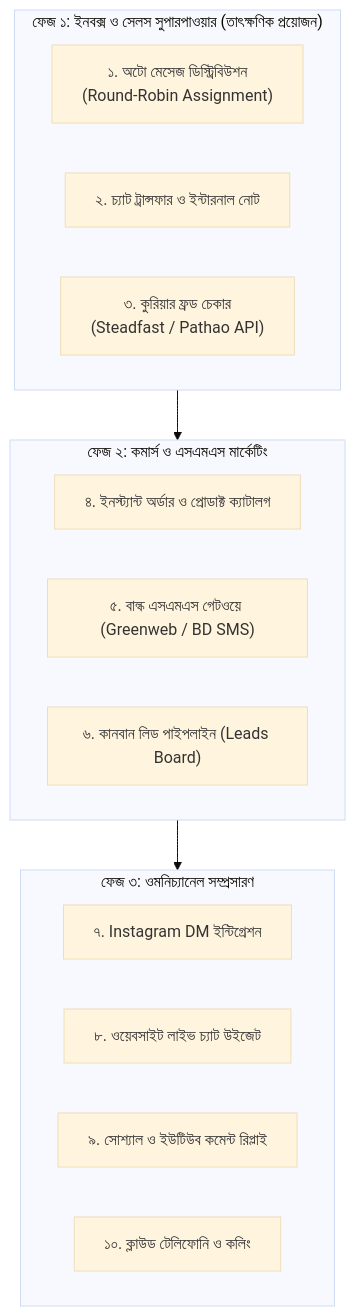
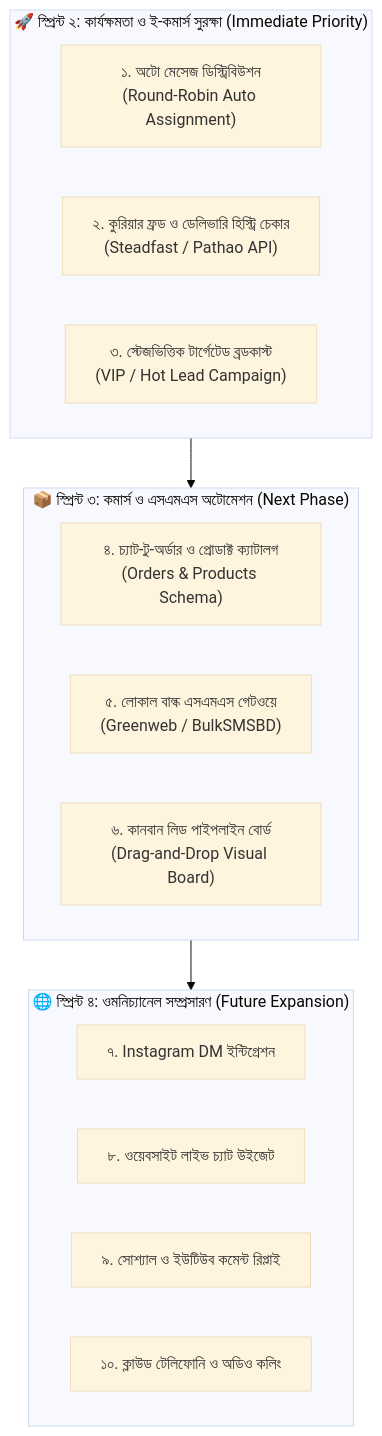
One commit to SaifulMamunOfficial/WhatsApp-AI-Automation changed the second of 2 diagrams in docs/FUTURE_FEATURES.md. Above: the diagram before and after it, drawn with Mermaid (base theme). The commit also changed other lines of this file and 26 other files, not shown here.

````diff
--- a/docs/FUTURE_FEATURES.md
+++ b/docs/FUTURE_FEATURES.md
@@ -35,24 +92,24 @@
 ```mermaid
 flowchart TD
-    subgraph Phase1["ফেজ ১: ইনবক্স ও সেলস সুপারপাওয়ার (তাৎক্ষণিক প্রয়োজন)"]
-        F1["১. অটো মেসেজ ডিস্ট্রিবিউশন<br/>(Round-Robin Assignment)"]
-        F2["২. চ্যাট ট্রান্সফার ও ইন্টারনাল নোট"]
-        F3["৩. কুরিয়ার ফ্রড চেকার<br/>(Steadfast / Pathao API)"]
+    subgraph SPRINT2["🚀 স্প্রিন্ট ২: কার্যক্ষমতা ও ই-কমার্স সুরক্ষা (Immediate Priority)"]
+        S2_1["১. অটো মেসেজ ডিস্ট্রিবিউশন<br/>(Round-Robin Auto Assignment)"]
+        S2_2["২. কুরিয়ার ফ্রড ও ডেলিভারি হিস্ট্রি চেকার<br/>(Steadfast / Pathao API)"]
+        S2_3["৩. স্টেজভিত্তিক টার্গেটেড ব্রডকাস্ট<br/>(VIP / Hot Lead Campaign)"]
     end
 
-    subgraph Phase2["ফেজ ২: কমার্স ও এসএমএস মার্কেটিং"]
-        F4["৪. ইনস্ট্যান্ট অর্ডার ও প্রোডাক্ট ক্যাটালগ"]
-        F5["৫. বাল্ক এসএমএস গেটওয়ে (Greenweb / BD SMS)"]
-        F6["৬. কানবান লিড পাইপলাইন (Leads Board)"]
+    subgraph SPRINT3["📦 স্প্রিন্ট ৩: কমার্স ও এসএমএস অটোমেশন (Next Phase)"]
+        S3_1["৪. চ্যাট-টু-অর্ডার ও প্রোডাক্ট ক্যাটালগ<br/>(Orders & Products Schema)"]
+        S3_2["৫. লোকাল বাল্ক এসএমএস গেটওয়ে<br/>(Greenweb / BulkSMSBD)"]
+        S3_3["৬. কানবান লিড পাইপলাইন বোর্ড<br/>(Drag-and-Drop Visual Board)"]
     end
 
-    subgraph Phase3["ফেজ ৩: ওমনিচ্যানেল সম্প্রসারণ"]
-        F7["৭. Instagram DM ইন্টিগ্রেশন"]
-        F8["৮. ওয়েবসাইট লাইভ চ্যাট উইজেট"]
-        F9["৯. সোশ্যাল ও ইউটিউব কমেন্ট রিপ্লাই"]
-        F10["১০. ক্লাউড টেলিফোনি ও কলিং"]
+    subgraph SPRINT4["🌐 স্প্রিন্ট ৪: ওমনিচ্যানেল সম্প্রসারণ (Future Expansion)"]
+        S4_1["৭. Instagram DM ইন্টিগ্রেশন"]
+        S4_2["৮. ওয়েবসাইট লাইভ চ্যাট উইজেট"]
+        S4_3["৯. সোশ্যাল ও ইউটিউব কমেন্ট রিপ্লাই"]
+        S4_4["১০. ক্লাউড টেলিফোনি ও অডিও কলিং"]
     end
 
-    Phase1 --> Phase2
-    Phase2 --> Phase3
+    SPRINT2 --> SPRINT3
+    SPRINT3 --> SPRINT4
 ```
````
